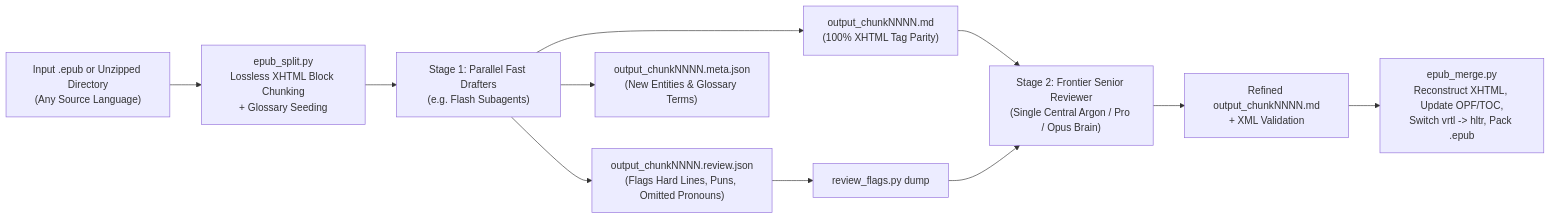
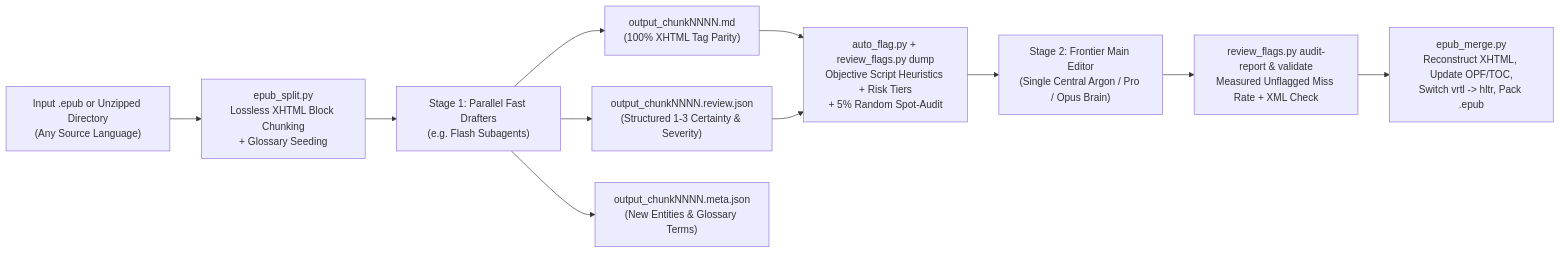
The diagram in README.md (Brocc23/Translate-with-main-editor), drawn with Mermaid before and after one commit. The commit also changed other lines of this file and 3 other files, not shown here.

````diff
--- a/README.md
+++ b/README.md
@@ -22,13 +22,13 @@
 ```mermaid
 flowchart LR
     A["Input .epub or Unzipped Directory<br/>(Any Source Language)"] --> B["epub_split.py<br/>Lossless XHTML Block Chunking<br/>+ Glossary Seeding"]
     B --> C["Stage 1: Parallel Fast Drafters<br/>(e.g. Flash Subagents)"]
     C --> D["output_chunkNNNN.md<br/>(100% XHTML Tag Parity)"]
-    C --> E["output_chunkNNNN.review.json<br/>(Flags Hard Lines, Puns, Omitted Pronouns)"]
+    C --> E["output_chunkNNNN.review.json<br/>(Structured 1-3 Certainty & Severity)"]
     C --> F["output_chunkNNNN.meta.json<br/>(New Entities & Glossary Terms)"]
-    E --> G["review_flags.py dump"]
-    D --> H["Stage 2: Frontier Senior Reviewer<br/>(Single Central Argon / Pro / Opus Brain)"]
-    G --> H
-    H --> I["Refined output_chunkNNNN.md<br/>+ XML Validation"]
+    D --> G["auto_flag.py + review_flags.py dump<br/>Objective Script Heuristics + Risk Tiers<br/>+ 5% Random Spot-Audit"]
+    E --> G
+    G --> H["Stage 2: Frontier Main Editor<br/>(Single Central Argon / Pro / Opus Brain)"]
+    H --> I["review_flags.py audit-report & validate<br/>Measured Unflagged Miss Rate + XML Check"]
     I --> J["epub_merge.py<br/>Reconstruct XHTML, Update OPF/TOC,<br/>Switch vrtl -> hltr, Pack .epub"]
 ```
````
